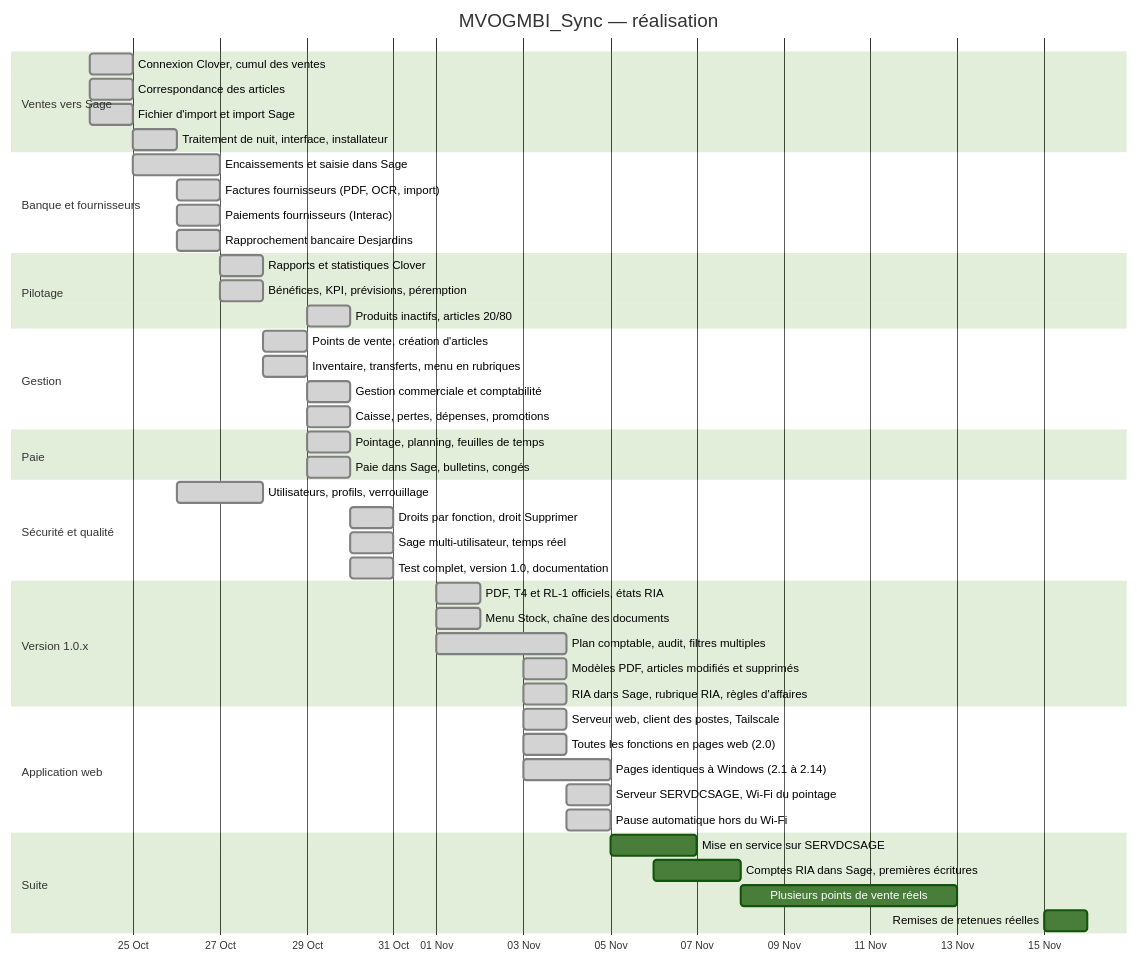
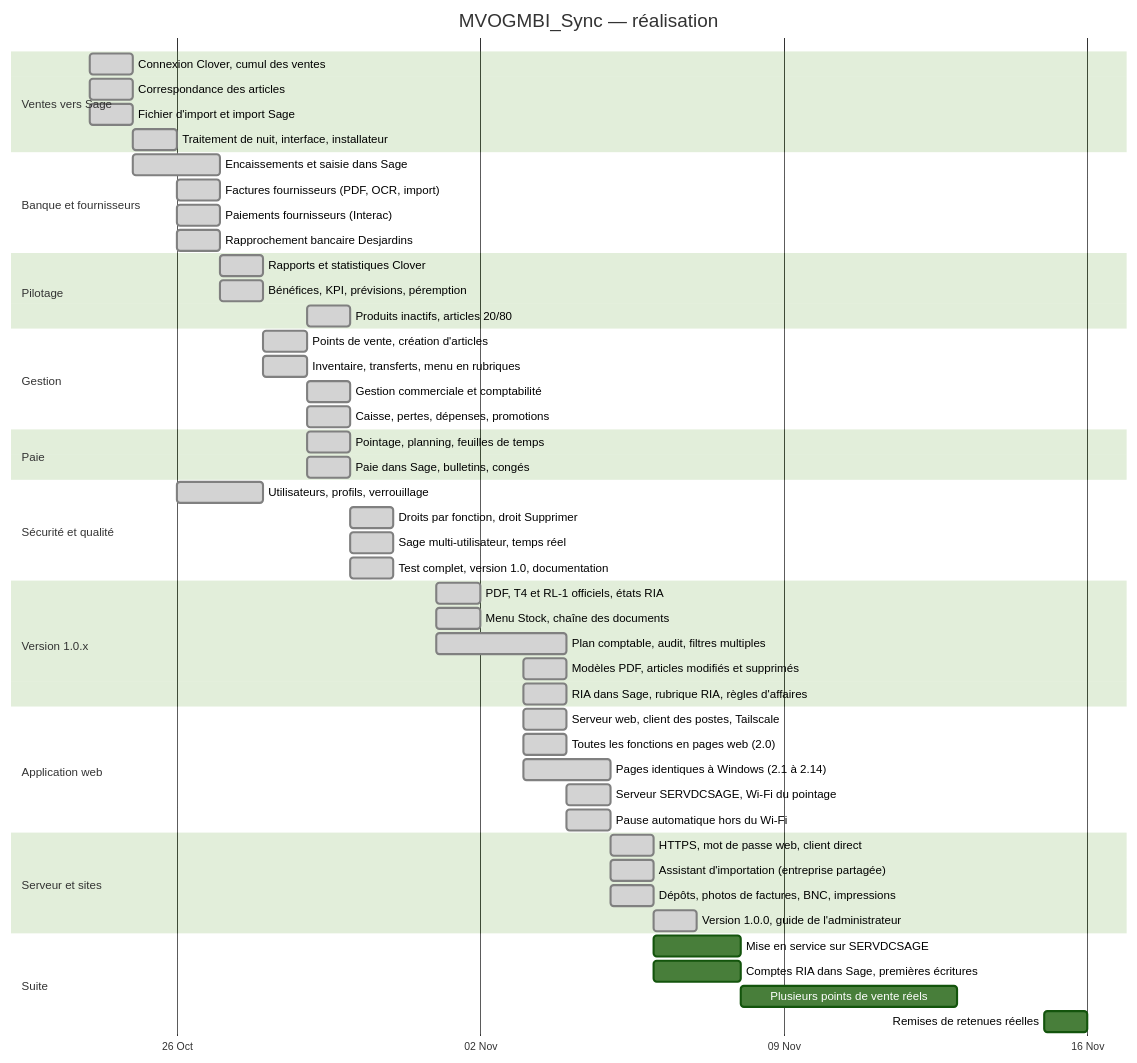
One commit to mteingueng-dot/MVOGMBI_Sync_2026.1 changed the first of 2 diagrams in documentation/PROJET.md. Above: the diagram before and after it, drawn with Mermaid (forest theme). The commit also changed other lines of this file and 34 other files, not shown here.

First line of the commit message:
Version 1.0.2 : PDF de la documentation lisibles, guide de l'administrateur, corrections du traitement de nuit

````diff
--- a/documentation/PROJET.md
+++ b/documentation/PROJET.md
@@ -9,50 +9,57 @@
 ```mermaid
 gantt
     title MVOGMBI_Sync — réalisation
     dateFormat YYYY-MM-DD
     axisFormat %d %b
+    tickInterval 1week
+    weekday monday
     section Ventes vers Sage
     Connexion Clover, cumul des ventes          :done, a1, 2026-10-24, 1d
     Correspondance des articles                 :done, a2, 2026-10-24, 1d
     Fichier d'import et import Sage             :done, a3, 2026-10-24, 1d
     Traitement de nuit, interface, installateur :done, a4, 2026-10-25, 1d
     section Banque et fournisseurs
     Encaissements et saisie dans Sage           :done, b1, 2026-10-25, 2d
     Factures fournisseurs (PDF, OCR, import)    :done, b2, 2026-10-26, 1d
     Paiements fournisseurs (Interac)            :done, b3, 2026-10-26, 1d
     Rapprochement bancaire Desjardins           :done, b4, 2026-10-26, 1d
     section Pilotage
     Rapports et statistiques Clover             :done, c1, 2026-10-27, 1d
     Bénéfices, KPI, prévisions, péremption      :done, c2, 2026-10-27, 1d
     Produits inactifs, articles 20/80           :done, c3, 2026-10-29, 1d
     section Gestion
     Points de vente, création d'articles        :done, d1, 2026-10-28, 1d
     Inventaire, transferts, menu en rubriques   :done, d2, 2026-10-28, 1d
     Gestion commerciale et comptabilité         :done, d3, 2026-10-29, 1d
     Caisse, pertes, dépenses, promotions        :done, d4, 2026-10-29, 1d
     section Paie
     Pointage, planning, feuilles de temps       :done, e1, 2026-10-29, 1d
     Paie dans Sage, bulletins, congés           :done, e2, 2026-10-29, 1d
     section Sécurité et qualité
     Utilisateurs, profils, verrouillage         :done, f1, 2026-10-26, 2d
     Droits par fonction, droit Supprimer        :done, f2, 2026-10-30, 1d
     Sage multi-utilisateur, temps réel          :done, f3, 2026-10-30, 1d
     Test complet, version 1.0, documentation    :done, f4, 2026-10-30, 1d
     section Version 1.0.x
     PDF, T4 et RL-1 officiels, états RIA        :done, h1, 2026-11-01, 1d
     Menu Stock, chaîne des documents            :done, h2, 2026-11-01, 1d
     Plan comptable, audit, filtres multiples    :done, h3, 2026-11-01, 3d
     Modèles PDF, articles modifiés et supprimés :done, h4, 2026-11-03, 1d
     RIA dans Sage, rubrique RIA, règles d'affaires :done, h5, 2026-11-03, 1d
     section Application web
     Serveur web, client des postes, Tailscale   :done, w1, 2026-11-03, 1d
     Toutes les fonctions en pages web (2.0)     :done, w2, 2026-11-03, 1d
     Pages identiques à Windows (2.1 à 2.14)     :done, w3, 2026-11-03, 2d
     Serveur SERVDCSAGE, Wi-Fi du pointage       :done, w4, 2026-11-04, 1d
     Pause automatique hors du Wi-Fi             :done, w5, 2026-11-04, 1d
+    section Serveur et sites
+    HTTPS, mot de passe web, client direct      :done, x1, 2026-11-05, 1d
+    Assistant d'importation (entreprise partagée) :done, x2, 2026-11-05, 1d
+    Dépôts, photos de factures, BNC, impressions :done, x3, 2026-11-05, 1d
+    Version 1.0.0, guide de l'administrateur    :done, x4, 2026-11-06, 1d
     section Suite
-    Mise en service sur SERVDCSAGE              :g4, 2026-11-05, 2d
+    Mise en service sur SERVDCSAGE              :g4, 2026-11-06, 2d
     Comptes RIA dans Sage, premières écritures  :g0, 2026-11-06, 2d
     Plusieurs points de vente réels             :g1, 2026-11-08, 5d
     Remises de retenues réelles                 :g2, 2026-11-15, 1d
 ```
````
